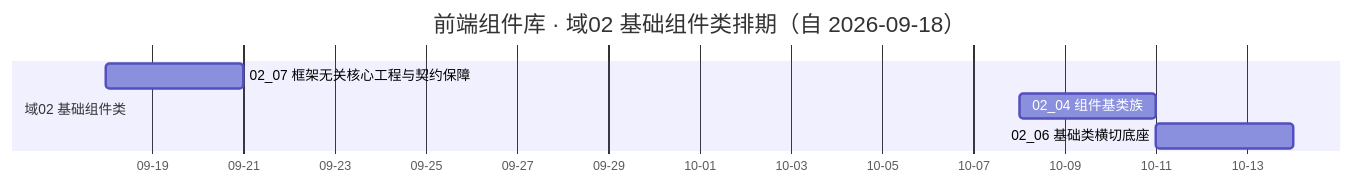
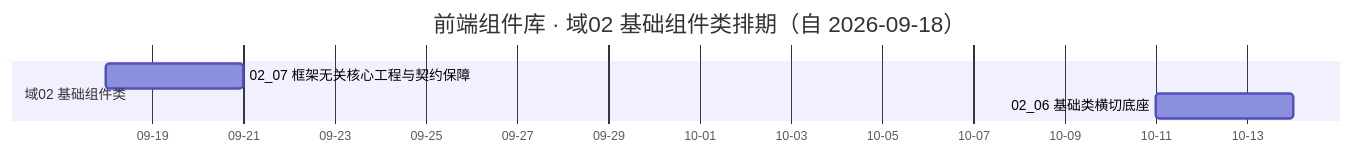
Before and after one commit to minjian123/basic-management-system: the diagram in bms文档/项目/04_前端组件库/计划/01_计划_前端组件库.md, drawn with Mermaid. The commit also changed other lines of this file and 5 other files, not shown here.

````diff
--- a/bms文档/项目/04_前端组件库/计划/01_计划_前端组件库.md
+++ b/bms文档/项目/04_前端组件库/计划/01_计划_前端组件库.md
@@ -37,10 +37,9 @@
 ```mermaid
 gantt
     title 前端组件库 · 域02 基础组件类排期（自 2026-09-18）
     dateFormat  YYYY-MM-DD
     axisFormat %m-%d
     section 域02 基础组件类
     02_07 框架无关核心工程与契约保障 :a07, 2026-09-18, 3d
-    02_04 组件基类族                 :a04, 2026-10-08, 3d
     02_06 基础类横切底座             :a06, 2026-10-11, 3d
 ```
````
